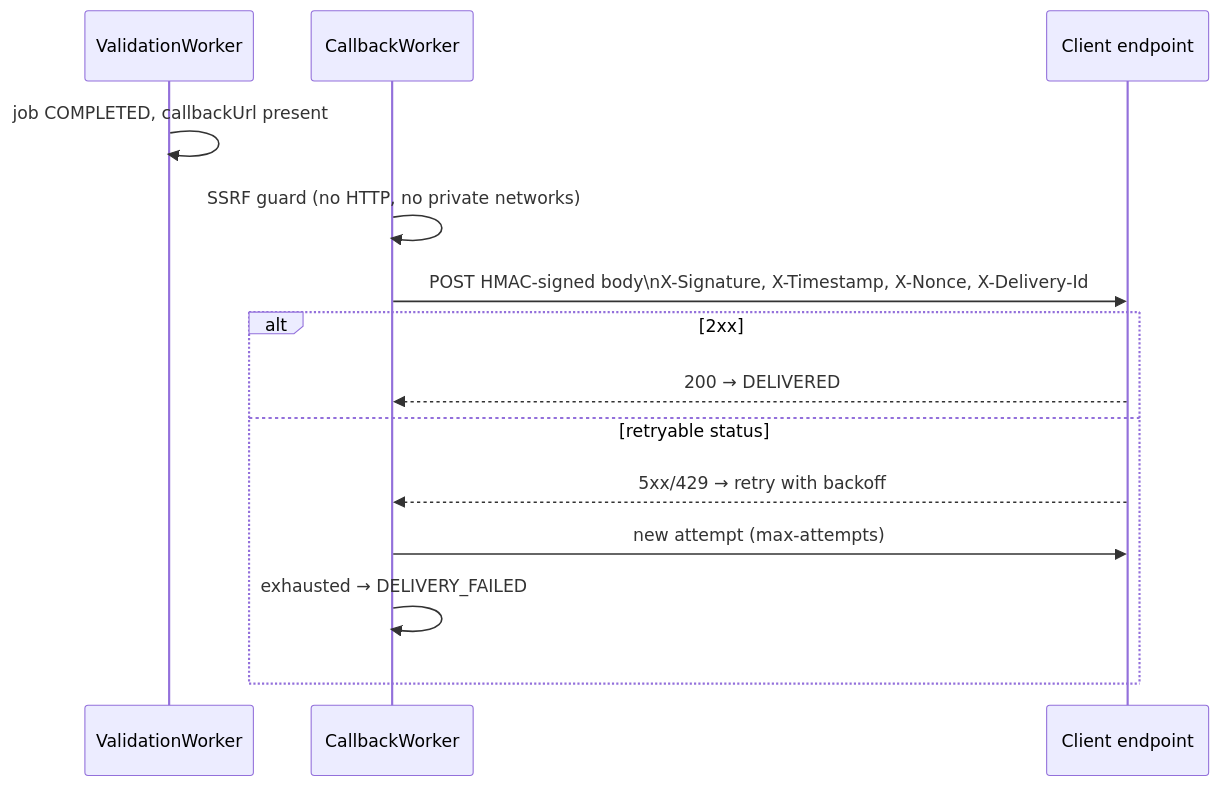
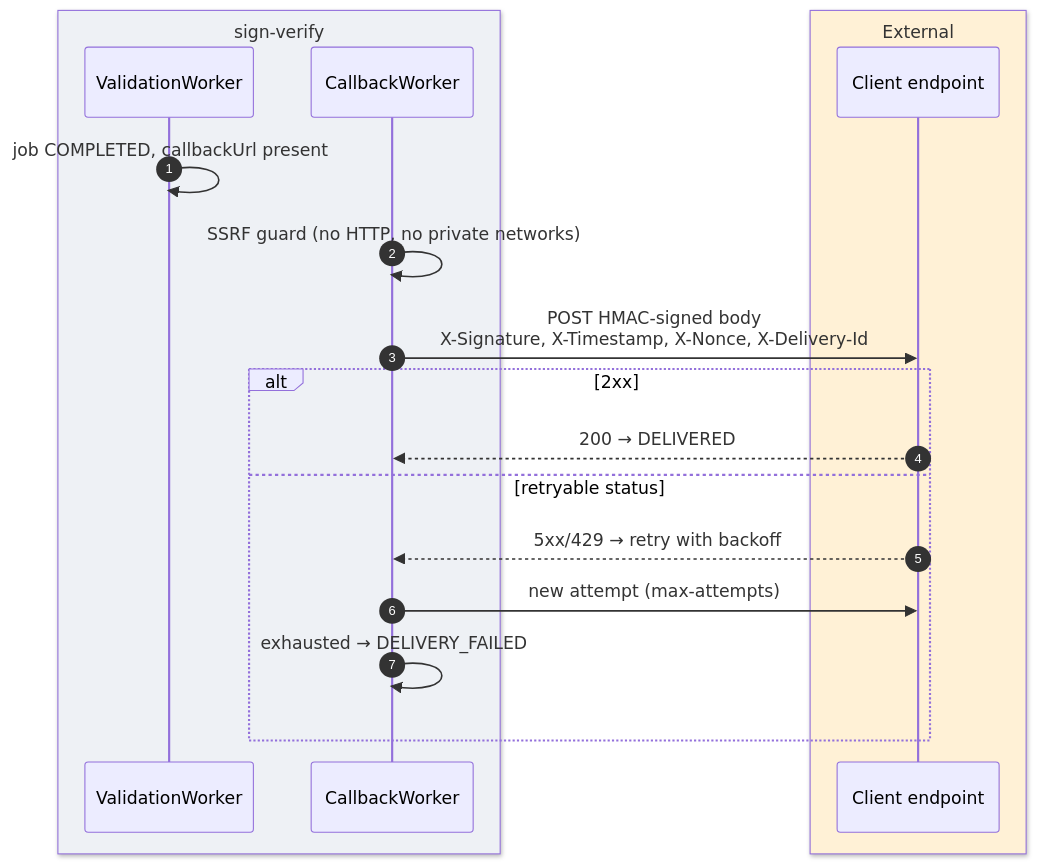
One commit to toresoft/sign-verify changed the fourth of 4 diagrams in docs/en/05-signature-verification.md. Above: the diagram before and after it, drawn with Mermaid. The commit also changed other lines of this file and 23 other files, not shown here.

First line of the commit message:
docs: expand EN/IT guides with glossary and component-map diagram

````diff
--- a/docs/en/05-signature-verification.md
+++ b/docs/en/05-signature-verification.md
@@ -532,16 +559,21 @@
 ```mermaid
 sequenceDiagram
+    autonumber
+    box rgb(238,241,245) sign-verify
     participant W as ValidationWorker
     participant CW as CallbackWorker
+    end
+    box rgb(255,241,214) External
     participant E as Client endpoint
+    end
     W->>W: job COMPLETED, callbackUrl present
     CW->>CW: SSRF guard (no HTTP, no private networks)
-    CW->>E: POST HMAC-signed body\nX-Signature, X-Timestamp, X-Nonce, X-Delivery-Id
+    CW->>E: POST HMAC-signed body<br/>X-Signature, X-Timestamp, X-Nonce, X-Delivery-Id
     alt 2xx
         E-->>CW: 200 → DELIVERED
     else retryable status
         E-->>CW: 5xx/429 → retry with backoff
         CW->>E: new attempt (max-attempts)
         CW->>CW: exhausted → DELIVERY_FAILED
     end
 ```
````
